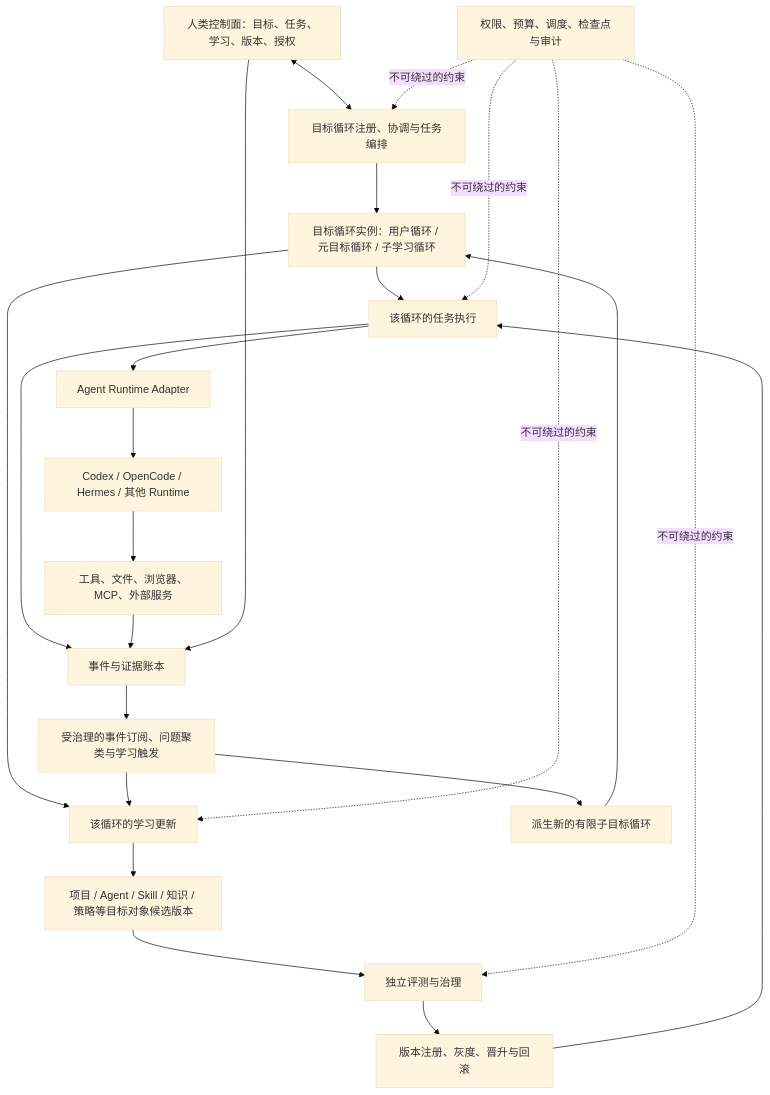
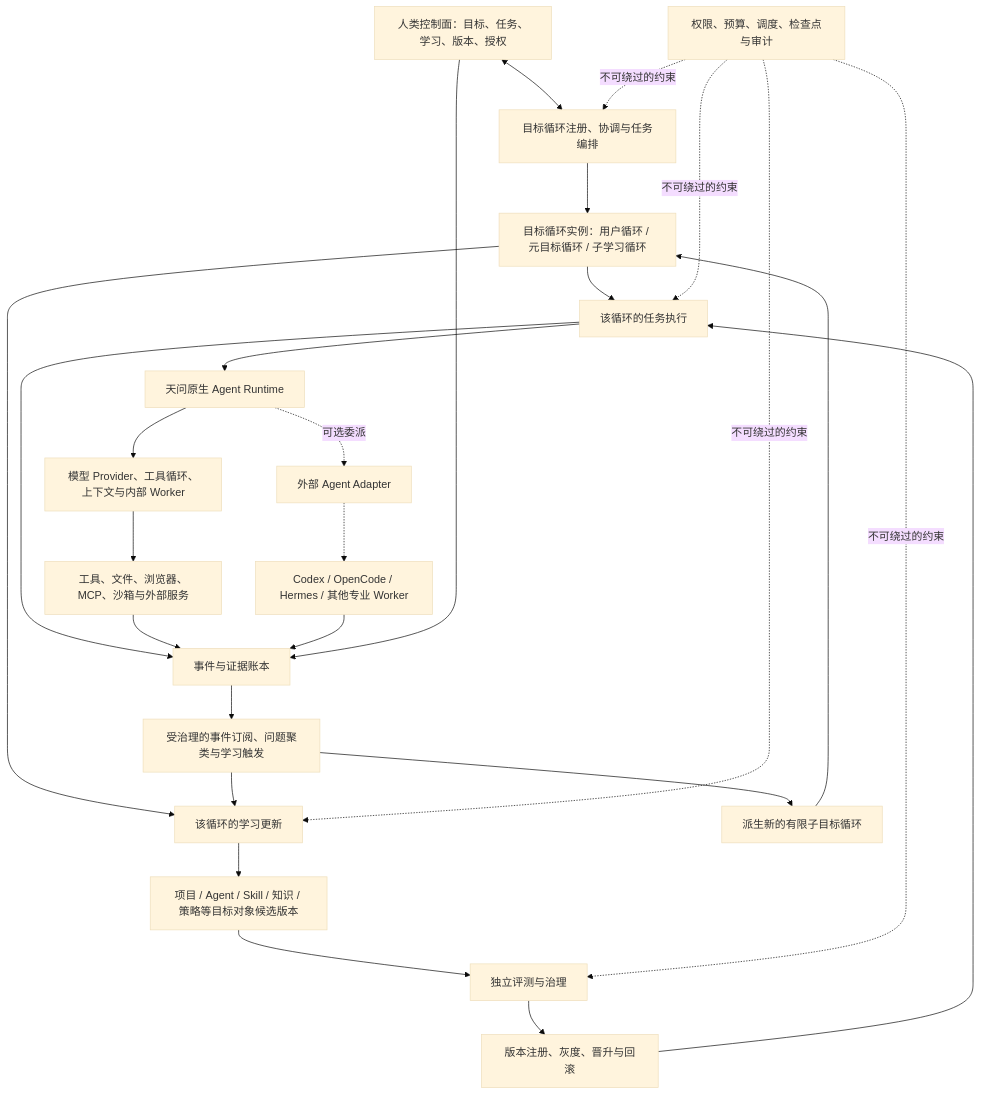
The first of 2 diagrams in docs/continuous-learning-agent-research-notes.md (daydreamer0213/Tian-wen), drawn with Mermaid (base theme) before and after one commit. The commit also changed other lines of this file, not shown here.

Commit message:
docs: make native runtime the Tian-wen foundation

````diff
--- a/docs/continuous-learning-agent-research-notes.md
+++ b/docs/continuous-learning-agent-research-notes.md
@@ -2251,30 +2263,33 @@
 ```mermaid
 flowchart TB
     H["人类控制面：目标、任务、学习、版本、授权"] <--> O["目标循环注册、协调与任务编排"]
 
     O --> Q["目标循环实例：用户循环 / 元目标循环 / 子学习循环"]
     Q --> X["该循环的任务执行"]
     Q --> L["该循环的学习更新"]
 
-    X --> A["Agent Runtime Adapter"]
-    A --> R["Codex / OpenCode / Hermes / 其他 Runtime"]
-    R --> T["工具、文件、浏览器、MCP、外部服务"]
+    X --> R["天问原生 Agent Runtime"]
+    R --> M["模型 Provider、工具循环、上下文与内部 Worker"]
+    M --> T["工具、文件、浏览器、MCP、沙箱与外部服务"]
+    R -. "可选委派" .-> A["外部 Agent Adapter"]
+    A -.-> W["Codex / OpenCode / Hermes / 其他专业 Worker"]
 
     X --> E["事件与证据账本"]
     T --> E
+    W --> E
     H --> E
 
     E --> S["受治理的事件订阅、问题聚类与学习触发"]
     S --> L
     S --> N["派生新的有限子目标循环"]
     N --> Q
     L --> C["项目 / Agent / Skill / 知识 / 策略等目标对象候选版本"]
     C --> V["独立评测与治理"]
     V --> G["版本注册、灰度、晋升与回滚"]
     G --> X
 
     P["权限、预算、调度、检查点与审计"] -. "不可绕过的约束" .-> O
     P -. "不可绕过的约束" .-> X
     P -. "不可绕过的约束" .-> L
     P -. "不可绕过的约束" .-> V
 ```
````
